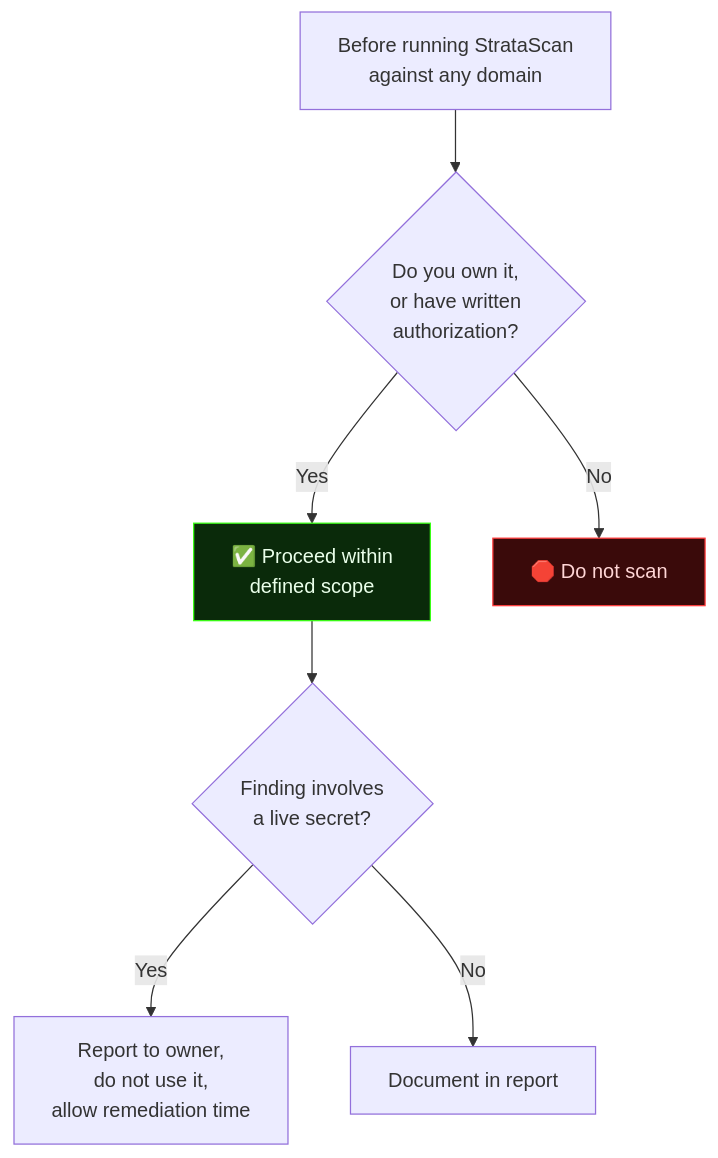
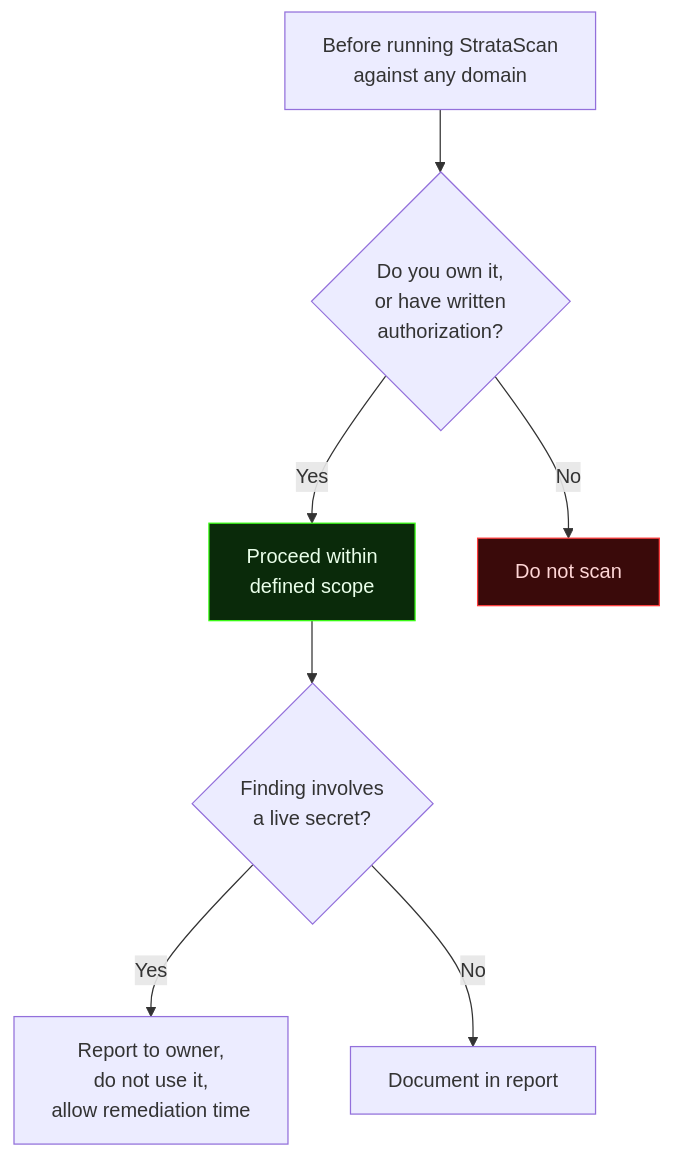
One commit to sylhetyhackvenger/STRATASCAN changed diagram 16 of 21 in README.md. Above: the diagram before and after it, drawn with Mermaid. The commit also changed other lines of this file, not shown here.

````diff
--- a/README.md
+++ b/README.md
@@ -1158,12 +1136,12 @@
 ```mermaid
 flowchart TD
-    A["Before running StrataScan\nagainst any domain"] --> B{"Do you own it,\nor have written\nauthorization?"}
-    B -->|Yes| C["✅ Proceed within\ndefined scope"]
-    B -->|No| D["🛑 Do not scan"]
-    C --> E{Finding involves\na live secret?}
-    E -->|Yes| F["Report to owner,\ndo not use it,\nallow remediation time"]
+    A["Before running StrataScan<br/>against any domain"] --> B{"Do you own it,<br/>or have written<br/>authorization?"}
+    B -->|Yes| C["Proceed within<br/>defined scope"]
+    B -->|No| D["Do not scan"]
+    C --> E{"Finding involves<br/>a live secret?"}
+    E -->|Yes| F["Report to owner,<br/>do not use it,<br/>allow remediation time"]
     E -->|No| G["Document in report"]
 
     style D fill:#3a0a0a,stroke:#ff3b3b,color:#ffd6d6
     style C fill:#0a2a0a,stroke:#39ff14,color:#eaffea
 ```
````
